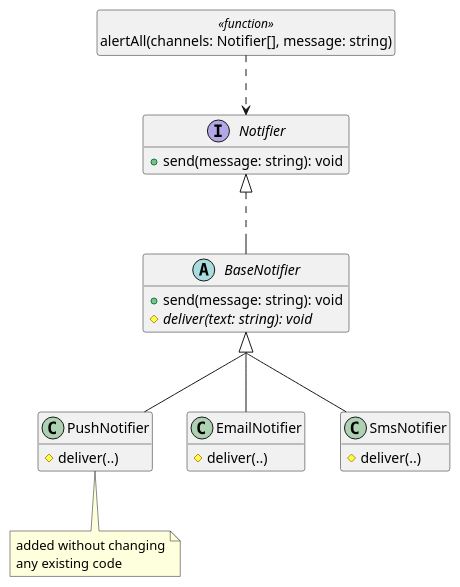
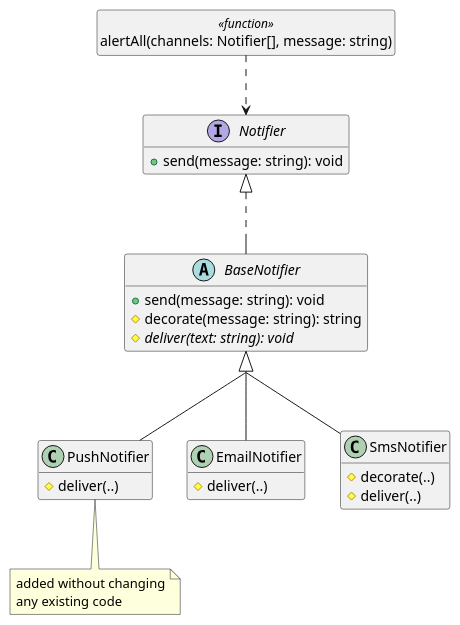
One commit to ubccpsc/210 changed the diagram in docs/part2/07_ocp.md. Above: the diagram before and after it, drawn with PlantUML. The commit also changed other lines of this file, not shown here.

````diff
--- a/docs/part2/07_ocp.md
+++ b/docs/part2/07_ocp.md
@@ -60,32 +64,34 @@
 ```plantuml
 @startuml
 
 hide empty members
 skinparam groupInheritance 2
 hide <<function>> circle
 
 class "alertAll(channels: Notifier[], message: string)" as alertAll <<function>>
 interface Notifier
 abstract class BaseNotifier
 class PushNotifier
 
 alertAll ..> Notifier
 Notifier <|.. BaseNotifier
 BaseNotifier <|-- EmailNotifier
 BaseNotifier <|-- SmsNotifier
 BaseNotifier <|-- PushNotifier
 
 Notifier : +send(message: string): void
 BaseNotifier : +send(message: string): void
+BaseNotifier : #decorate(message: string): string
 BaseNotifier : {abstract} #deliver(text: string): void
 EmailNotifier : #deliver(..)
+SmsNotifier : #decorate(..)
 SmsNotifier : #deliver(..)
 PushNotifier : #deliver(..)
 
 note bottom of PushNotifier
   added without changing
   any existing code
 end note
 
 @enduml
 ```
````
